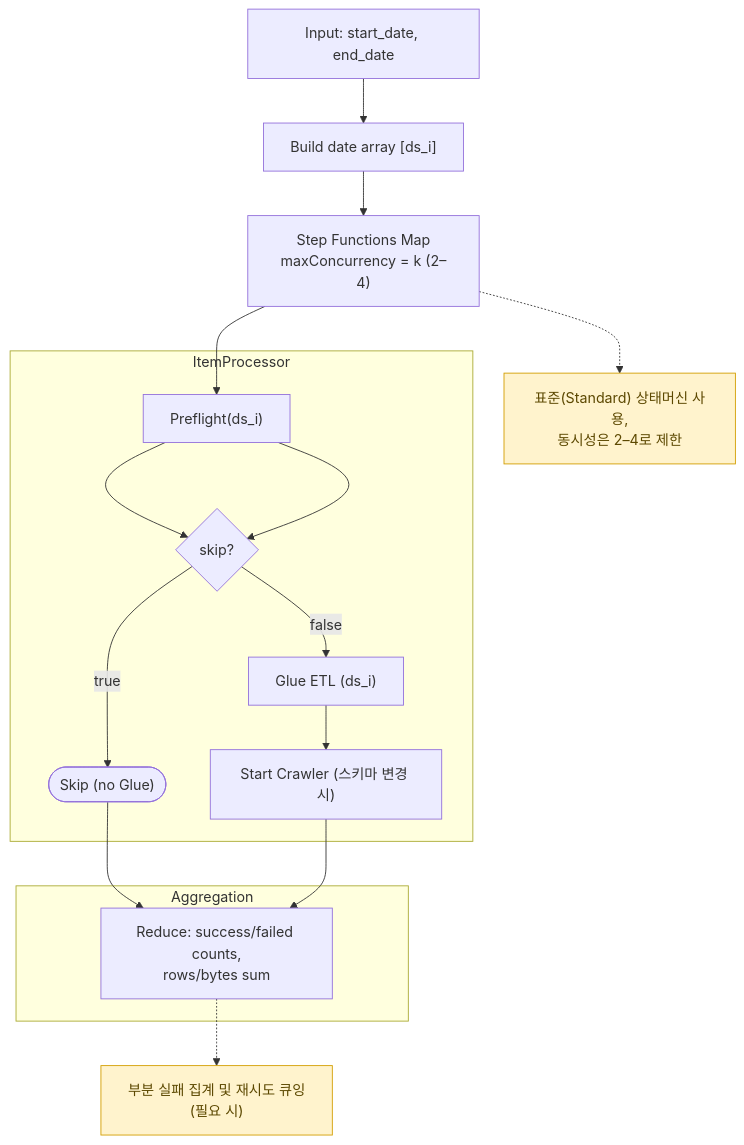
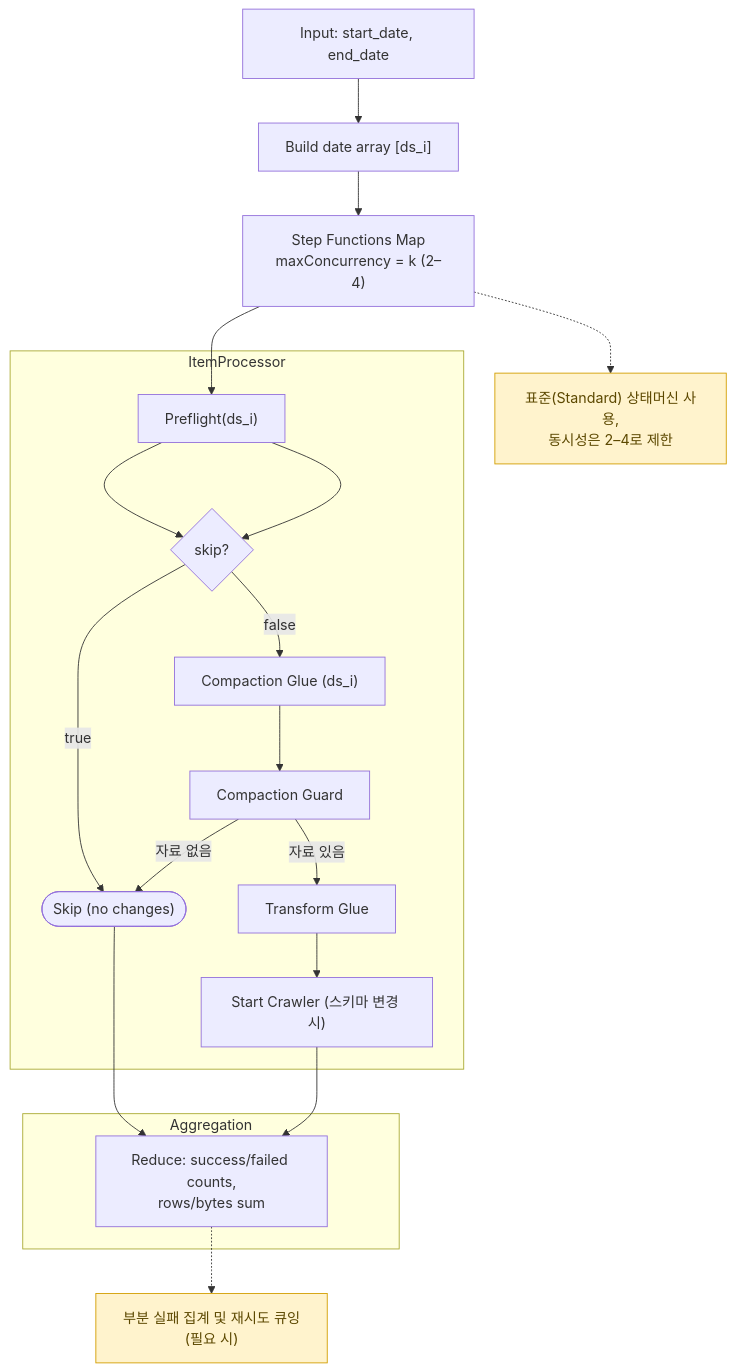
The diagram in docs/diagrams/transform/05-backfill-map.md (keemgdeok/fin-forge-pipeline), drawn with Mermaid before and after one commit. The commit also changed 6 other files, not shown here.

Commit message:
docs(transform): capture compaction workflow in diagrams and specs

````diff
--- a/docs/diagrams/transform/05-backfill-map.md
+++ b/docs/diagrams/transform/05-backfill-map.md
@@ -1,29 +1,32 @@
 ```mermaid
 flowchart TD
   A["Input: start_date, end_date"] --> B["Build date array [ds_i]"]
   B --> M["Step Functions Map<br/>maxConcurrency = k (2–4)"]
 
   subgraph ItemProcessor
     I1["Preflight(ds_i)"] --> J{skip?}
-    J -->|true| SKIP(["Skip (no Glue)"])
-    J -->|false| G["Glue ETL (ds_i)"]
-    G --> CR["Start Crawler (스키마 변경 시)"]
+    J -->|true| SKIP(["Skip (no changes)"])
+    J -->|false| C["Compaction Glue (ds_i)"]
+    C --> G["Compaction Guard"]
+    G -->|자료 있음| T["Transform Glue"]
+    G -->|자료 없음| SKIP
+    T --> CR["Start Crawler (스키마 변경 시)"]
     
   end
 
   M --> I1
   I1 --> J
   SKIP --> Z
   CR --> Z
   subgraph Aggregation
     Z["Reduce: success/failed counts,<br/>rows/bytes sum"]
   end
 
   %% Notes
   N1["표준(Standard) 상태머신 사용,<br/>동시성은 2–4로 제한"]:::note
   N2["부분 실패 집계 및 재시도 큐잉(필요 시)"]:::note
   M -.-> N1
   Z -.-> N2
 
   classDef note fill:#fff3cd,stroke:#d39e00,color:#5c4800;
 ```
````
